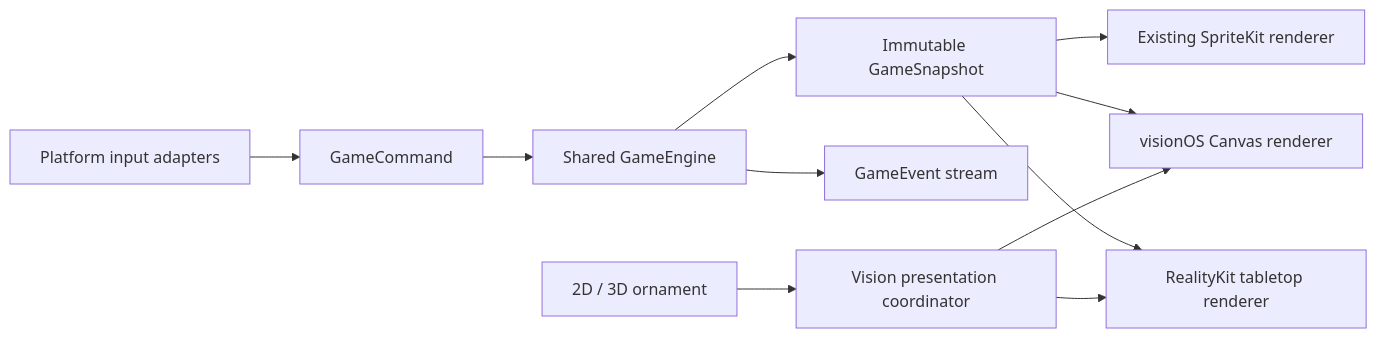
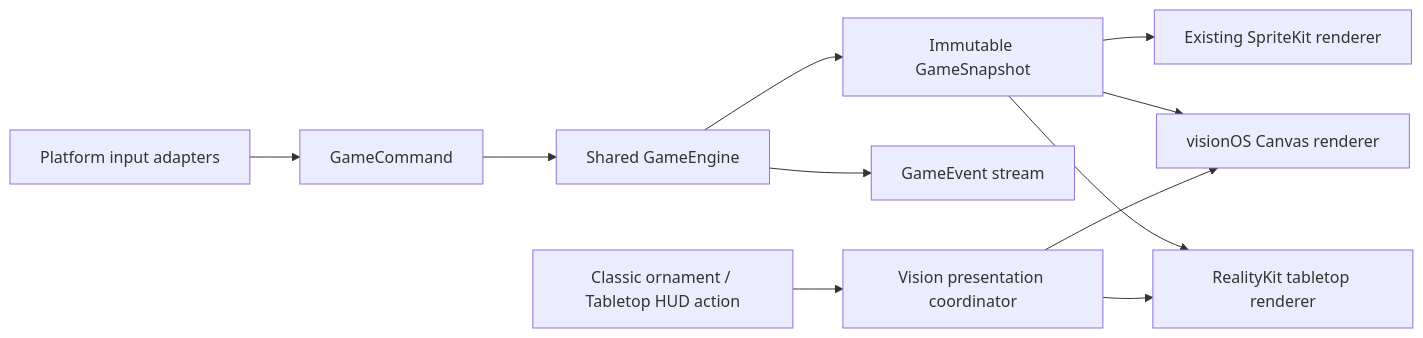
Before and after one commit to dadederk/RetroRacing: the diagram in Plans/visionos_spatial_game_plan.md, drawn with Mermaid. The commit also changed other lines of this file and 281 other files, not shown here.

````diff
--- a/Plans/visionos_spatial_game_plan.md
+++ b/Plans/visionos_spatial_game_plan.md
@@ -110,13 +113,13 @@
 ```mermaid
 flowchart LR
   input["Platform input adapters"] --> command["GameCommand"]
   command --> engine["Shared GameEngine"]
   engine --> snapshot["Immutable GameSnapshot"]
   engine --> event["GameEvent stream"]
   snapshot --> sprite["Existing SpriteKit renderer"]
   snapshot --> canvas["visionOS Canvas renderer"]
   snapshot --> reality["RealityKit tabletop renderer"]
-  ornament["2D / 3D ornament"] --> presentation["Vision presentation coordinator"]
+  toggle["Classic ornament / Tabletop HUD action"] --> presentation["Vision presentation coordinator"]
   presentation --> canvas
   presentation --> reality
 ```
````
